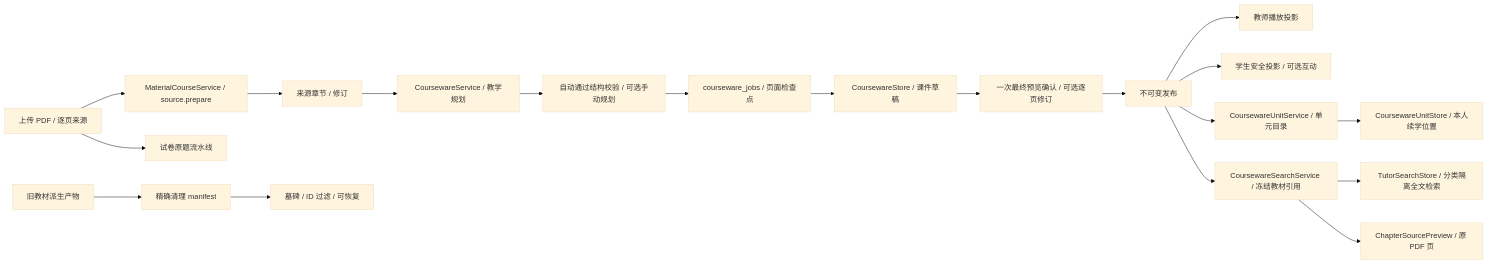
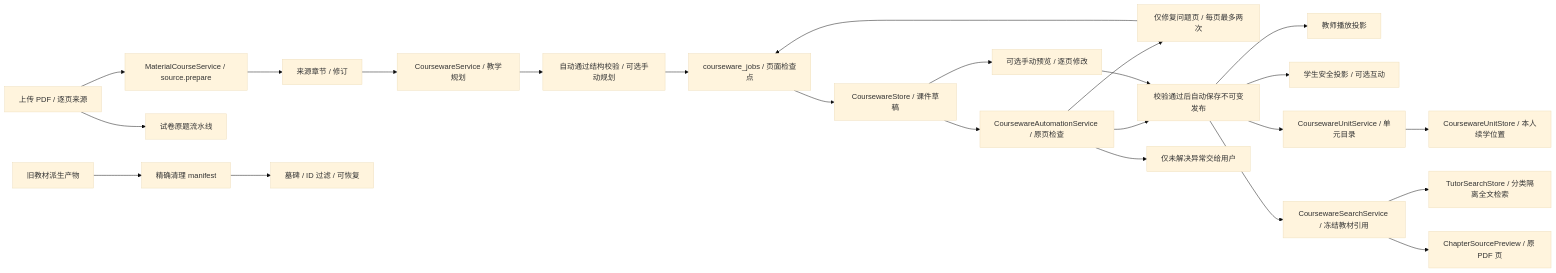
Before and after one commit to ningkaikok/dotty-tutor: the first of 3 diagrams in docs/codebase-guide.md, drawn with Mermaid (base theme). The commit also changed other lines of this file and 30 other files, not shown here.

````diff
--- a/docs/codebase-guide.md
+++ b/docs/codebase-guide.md
@@ -236,21 +237,26 @@
 ```mermaid
 flowchart LR
   Source[上传 PDF / 逐页来源] --> Prepare[MaterialCourseService / source.prepare]
   Prepare --> Chapter[来源章节 / 修订]
   Chapter --> Plan[CoursewareService / 教学规划]
   Plan --> Confirm[自动通过结构校验 / 可选手动规划]
   Confirm --> Worker[courseware_jobs / 页面检查点]
   Worker --> Draft[CoursewareStore / 课件草稿]
-  Draft --> Review[一次最终预览确认 / 可选逐页修订]
-  Review --> Publication[不可变发布]
+  Draft --> Auto[CoursewareAutomationService / 原页检查]
+  Auto --> Repair[仅修复问题页 / 每页最多两次]
+  Repair --> Worker
+  Auto --> Publication[校验通过后自动保存不可变发布]
+  Auto --> Exception[仅未解决异常交给用户]
+  Draft --> Review[可选手动预览 / 逐页修改]
+  Review --> Publication
   Publication --> Teacher[教师播放投影]
   Publication --> Student[学生安全投影 / 可选互动]
   Publication --> Unit[CoursewareUnitService / 单元目录]
   Unit --> Position[CoursewareUnitStore / 本人续学位置]
   Publication --> Evidence[CoursewareSearchService / 冻结教材引用]
   Evidence --> FTS[TutorSearchStore / 分类隔离全文检索]
   Evidence --> Preview[ChapterSourcePreview / 原 PDF 页]
   Source --> Paper[试卷原题流水线]
   Old[旧教材派生产物] --> Manifest[精确清理 manifest]
   Manifest --> Tombstone[墓碑 / ID 过滤 / 可恢复]
 ```
````
